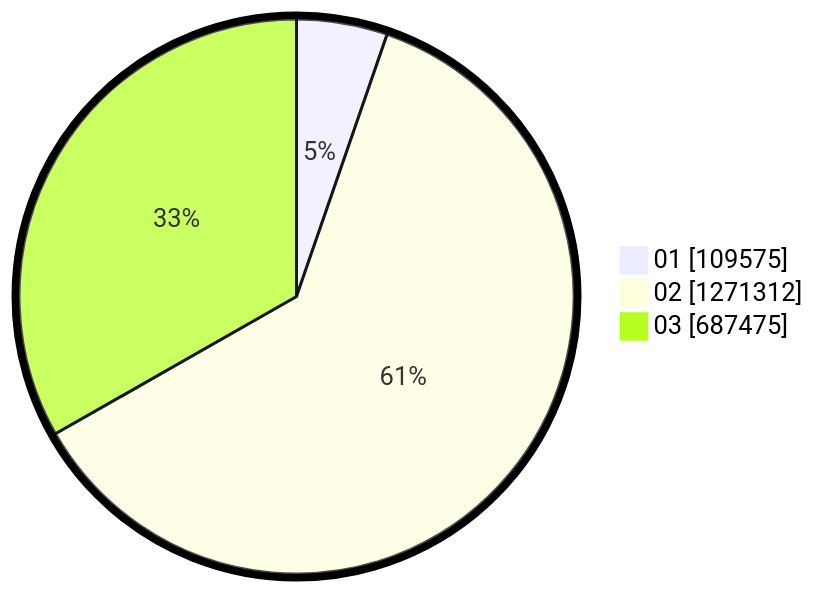
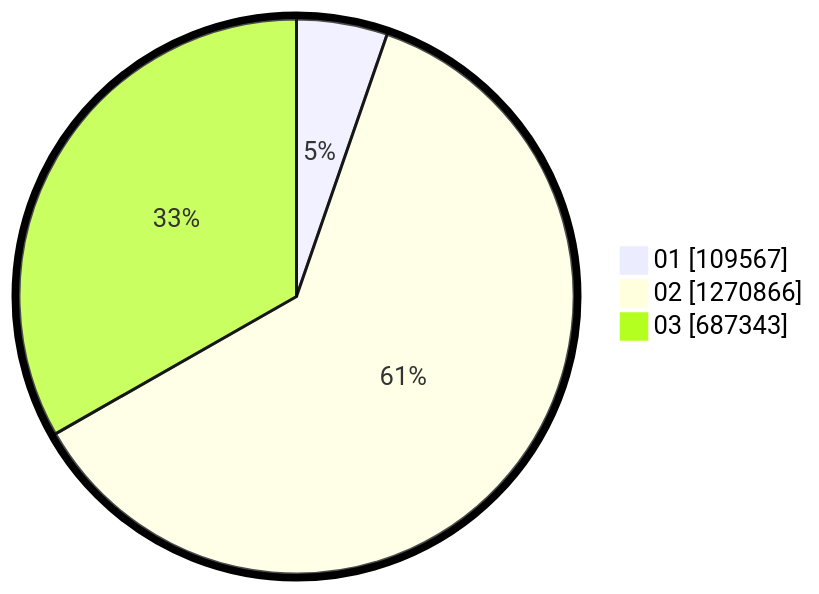
The second of 2 diagrams in pilpres/hitung-suara/sub/table-wilayah-53.md (gigit-pemilu/pemilu-2024), drawn with Mermaid before and after one commit. The commit also changed other lines of this file and 12 other files, not shown here.

````diff
--- a/pilpres/hitung-suara/sub/table-wilayah-53.md
+++ b/pilpres/hitung-suara/sub/table-wilayah-53.md
@@ -15,7 +15,7 @@
 ```mermaid
 %%{init: {"pie": {"textPosition": 0.5}, "themeVariables": {"pieOuterStrokeWidth": "5px"}} }%%
 pie showData
-    "01" : 109575
-    "02" : 1271312
-    "03" : 687475
+    "01" : 109567
+    "02" : 1270866
+    "03" : 687343
 ```
````
